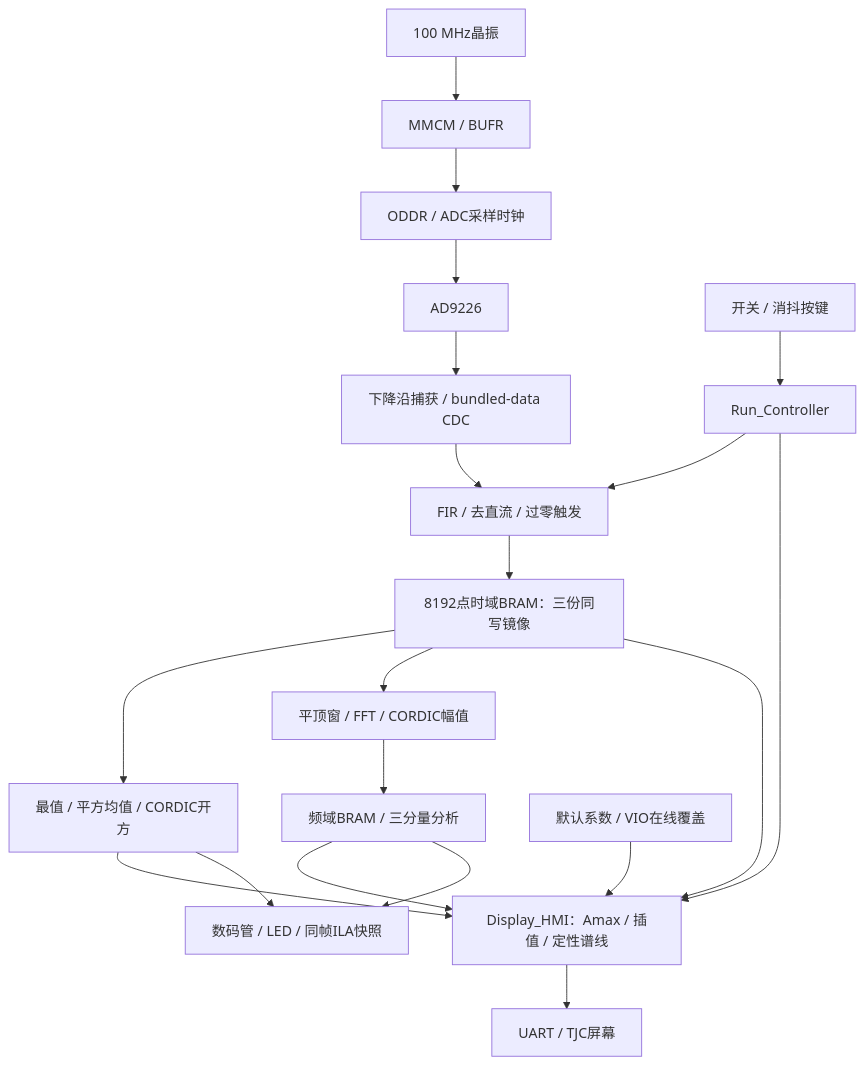
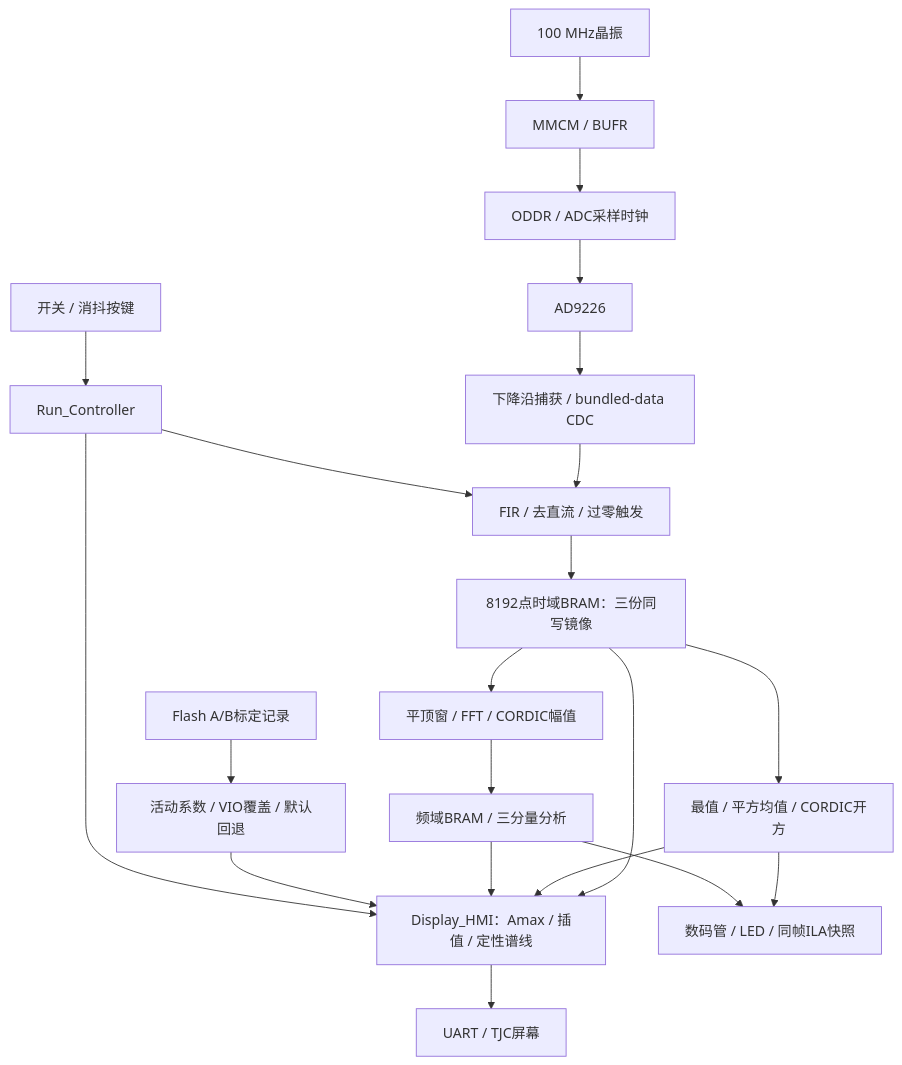
Before and after one commit to lyk82468246/NUEDC-2026-G-Artix7-Basys3: the diagram in README.md, drawn with Mermaid. The commit also changed other lines of this file and 11 other files, not shown here.

````diff
--- a/README.md
+++ b/README.md
@@ -59,22 +51,23 @@
 ```mermaid
 flowchart TD
     CLOCK[100 MHz晶振] --> MMCM[MMCM / BUFR]
     MMCM --> ADC_CLOCK[ODDR / ADC采样时钟]
     ADC_CLOCK --> ADC[AD9226]
     ADC --> CDC[下降沿捕获 / bundled-data CDC]
     CDC --> AFE[FIR / 去直流 / 过零触发]
     AFE --> RAM[8192点时域BRAM：三份同写镜像]
     RAM --> TIME[最值 / 平方均值 / CORDIC开方]
     RAM --> FFT[平顶窗 / FFT / CORDIC幅值]
     FFT --> FREQ[频域BRAM / 三分量分析]
     RAM --> DISPLAY[Display_HMI：Amax / 插值 / 定性谱线]
     TIME --> DISPLAY
     FREQ --> DISPLAY
-    CAL[默认系数 / VIO在线覆盖] --> DISPLAY
+    FLASH[Flash A/B标定记录] --> CAL[活动系数 / VIO覆盖 / 默认回退]
+    CAL --> DISPLAY
     DISPLAY --> SCREEN[UART / TJC屏幕]
     CONTROLS[开关 / 消抖按键] --> RUN[Run_Controller]
     RUN --> AFE
     RUN --> DISPLAY
     TIME --> DEBUG[数码管 / LED / 同帧ILA快照]
     FREQ --> DEBUG
 ```
````
